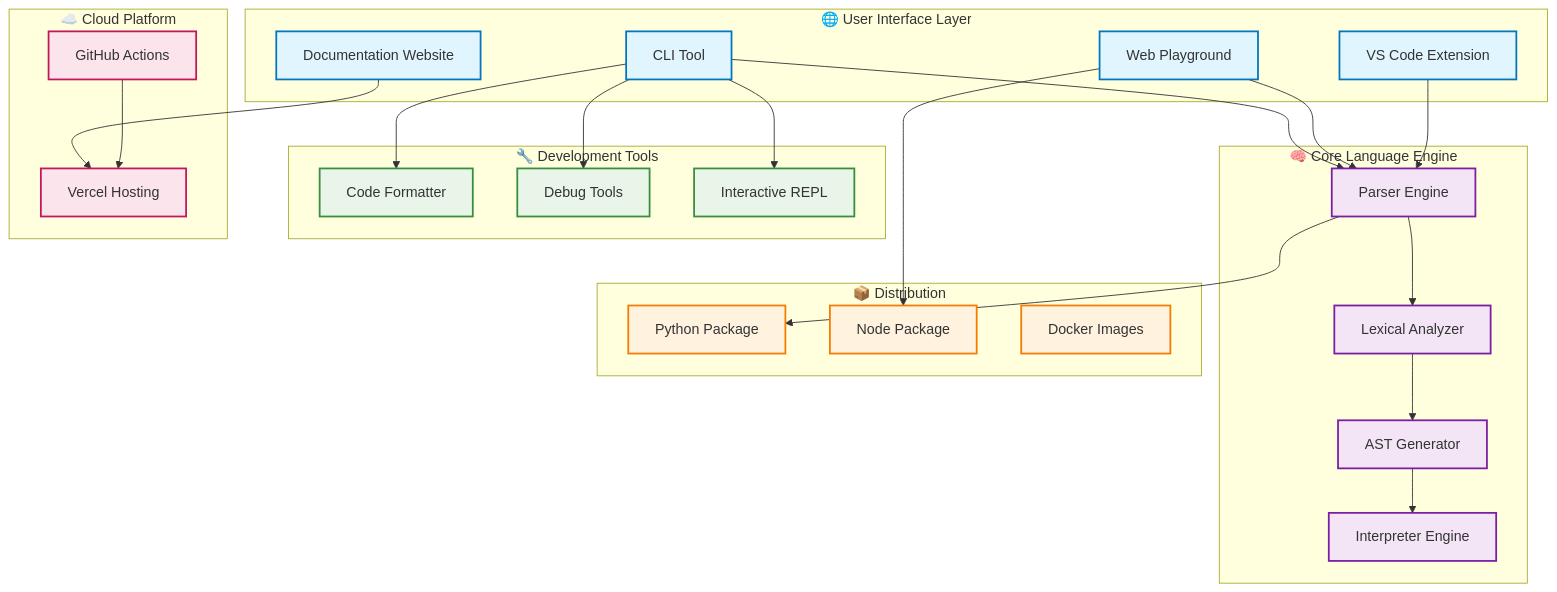
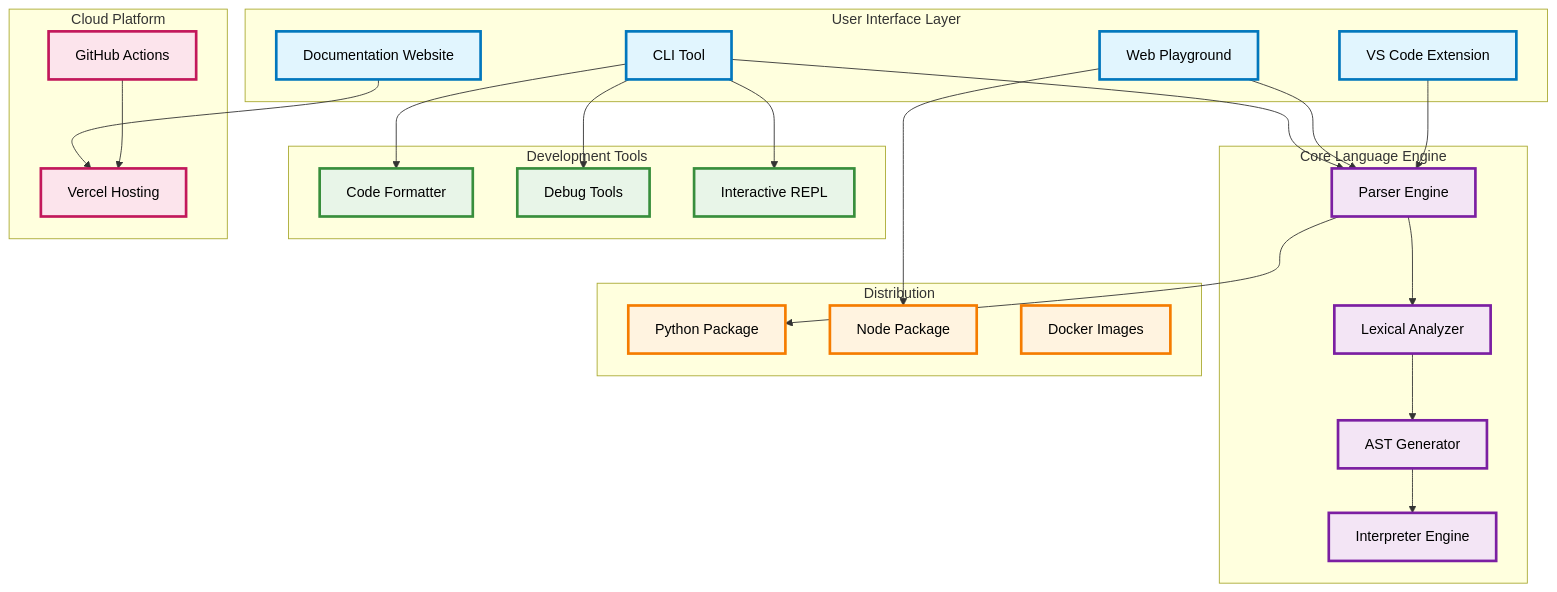
One commit to sanketmuchhala/Gujju.py changed the first of 4 diagrams in README.md. Above: the diagram before and after it, drawn with Mermaid. The commit also changed other lines of this file, not shown here.

First line of the commit message:
Fix Mermaid diagram visibility and remove emojis for better readability

````diff
--- a/README.md
+++ b/README.md
@@ -32,65 +32,65 @@
 ```mermaid
 graph TB
-    subgraph "🌐 User Interface Layer"
+    subgraph "User Interface Layer"
         CLI[CLI Tool]
         Web[Web Playground]
         VSCode[VS Code Extension]
         Website[Documentation Website]
     end
 
-    subgraph "🧠 Core Language Engine"
+    subgraph "Core Language Engine"
         Parser[Parser Engine]
         Lexer[Lexical Analyzer]
         AST[AST Generator]
         Interpreter[Interpreter Engine]
     end
 
-    subgraph "🔧 Development Tools"
+    subgraph "Development Tools"
         Formatter[Code Formatter]
         Debugger[Debug Tools]
         REPL[Interactive REPL]
     end
 
-    subgraph "📦 Distribution"
+    subgraph "Distribution"
         PyPI[Python Package]
         NPM[Node Package]
         Docker[Docker Images]
     end
 
-    subgraph "☁️ Cloud Platform"
+    subgraph "Cloud Platform"
         Vercel[Vercel Hosting]
         GitHub[GitHub Actions]
     end
 
     %% Connections
     CLI --> Parser
     Web --> Parser
     VSCode --> Parser
 
     Parser --> Lexer
     Lexer --> AST
     AST --> Interpreter
 
     CLI --> Formatter
     CLI --> Debugger
     CLI --> REPL
 
     Parser --> PyPI
     Web --> NPM
 
     Website --> Vercel
     GitHub --> Vercel
 
     %% Styling
-    classDef userInterface fill:#e1f5fe,stroke:#0277bd,stroke-width:2px
-    classDef coreEngine fill:#f3e5f5,stroke:#7b1fa2,stroke-width:2px
-    classDef devTools fill:#e8f5e8,stroke:#388e3c,stroke-width:2px
-    classDef distribution fill:#fff3e0,stroke:#f57c00,stroke-width:2px
-    classDef cloud fill:#fce4ec,stroke:#c2185b,stroke-width:2px
+    classDef userInterface fill:#e1f5fe,stroke:#0277bd,stroke-width:3px,color:#000
+    classDef coreEngine fill:#f3e5f5,stroke:#7b1fa2,stroke-width:3px,color:#000
+    classDef devTools fill:#e8f5e8,stroke:#388e3c,stroke-width:3px,color:#000
+    classDef distribution fill:#fff3e0,stroke:#f57c00,stroke-width:3px,color:#000
+    classDef cloud fill:#fce4ec,stroke:#c2185b,stroke-width:3px,color:#000
 
     class CLI,Web,VSCode,Website userInterface
     class Parser,Lexer,AST,Interpreter coreEngine
     class Formatter,Debugger,REPL devTools
     class PyPI,NPM,Docker distribution
     class Vercel,GitHub cloud
 ```
````
